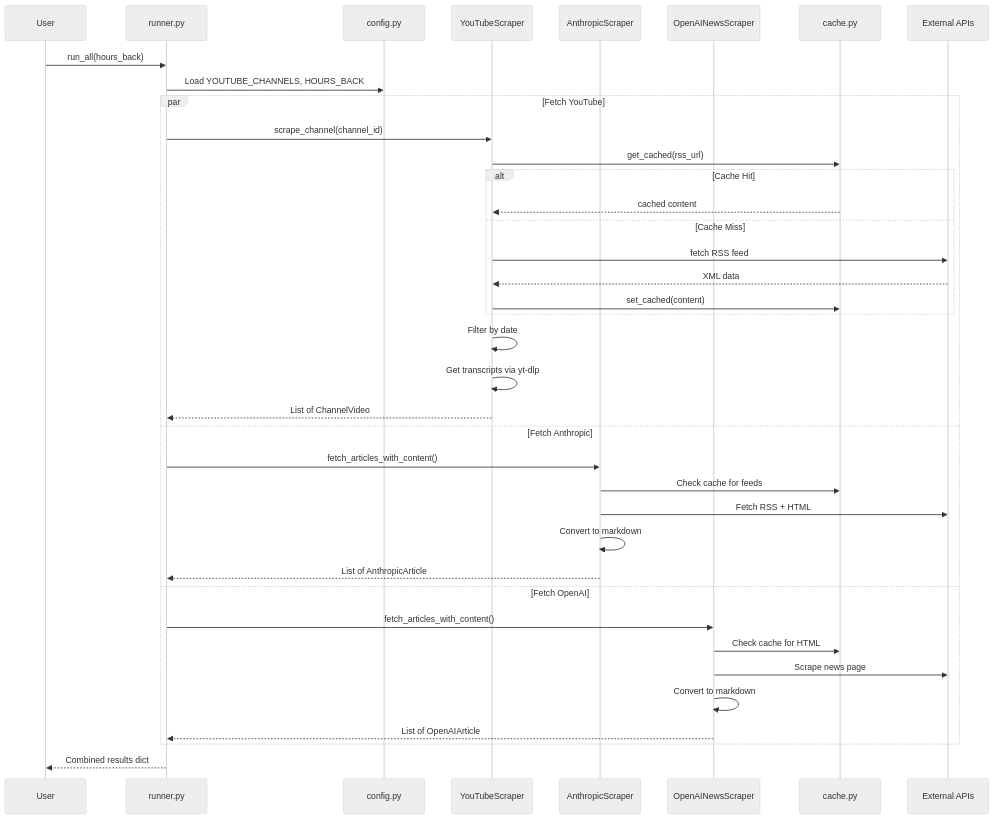
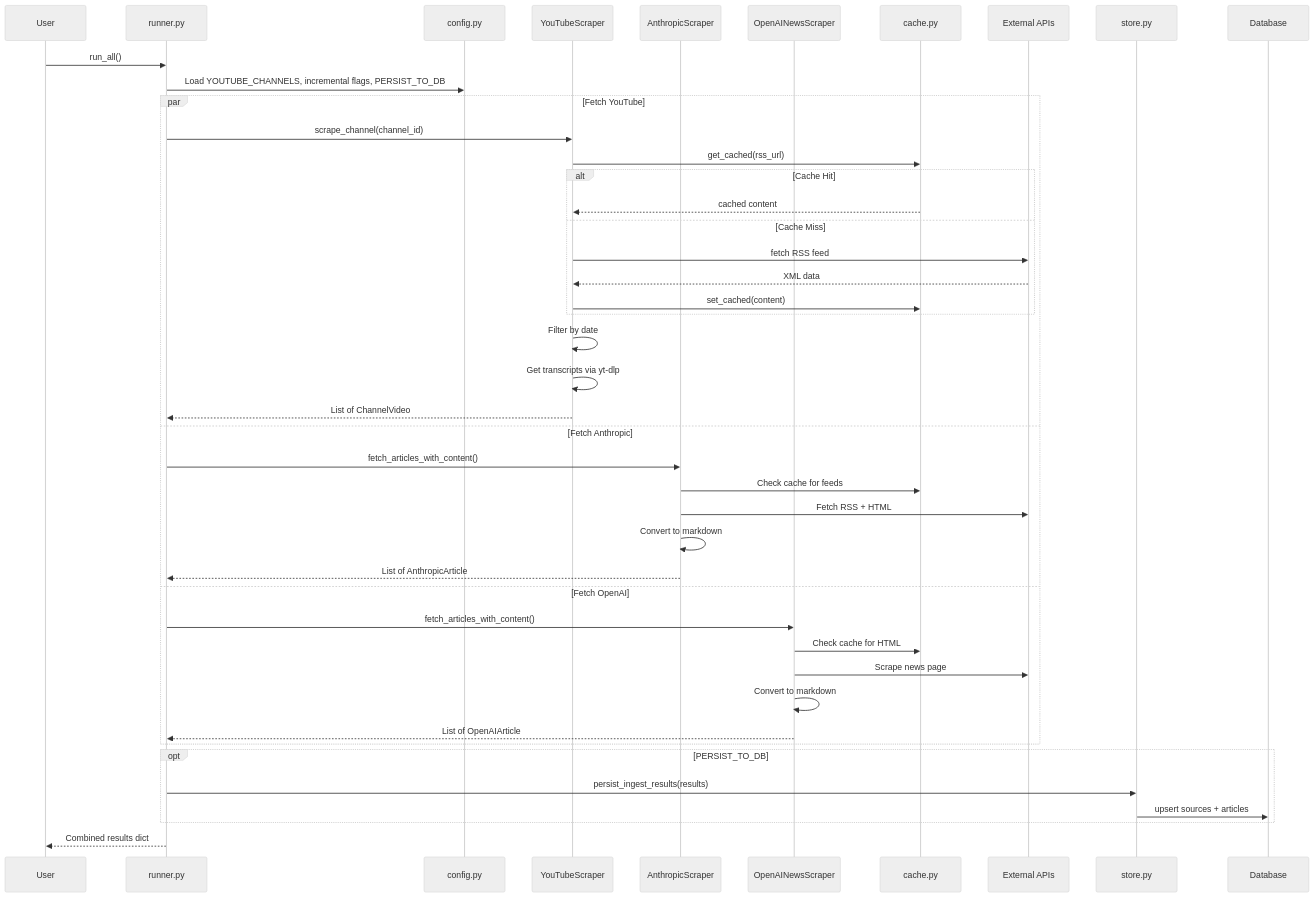
The second of 2 diagrams in PROJECT_STRUCTURE.md (ZharlieSineFine/YouTube-RSS-Feed-Aggregator), drawn with Mermaid (neutral theme) before and after one commit. The commit also changed other lines of this file and 82 other files, not shown here.

````diff
--- a/PROJECT_STRUCTURE.md
+++ b/PROJECT_STRUCTURE.md
@@ -89,43 +113,50 @@
 ```mermaid
 sequenceDiagram
     participant User
     participant Runner as runner.py
     participant Config as config.py
     participant YT as YouTubeScraper
     participant AN as AnthropicScraper
     participant OA as OpenAINewsScraper
     participant Cache as cache.py
     participant Web as External APIs
+    participant Store as store.py
+    participant DB as Database
 
-    User->>Runner: run_all(hours_back)
-    Runner->>Config: Load YOUTUBE_CHANNELS, HOURS_BACK
-    
+    User->>Runner: run_all()
+    Runner->>Config: Load YOUTUBE_CHANNELS, incremental flags, PERSIST_TO_DB
+
     par Fetch YouTube
         Runner->>YT: scrape_channel(channel_id)
         YT->>Cache: get_cached(rss_url)
         alt Cache Hit
             Cache-->>YT: cached content
         else Cache Miss
             YT->>Web: fetch RSS feed
             Web-->>YT: XML data
             YT->>Cache: set_cached(content)
         end
         YT->>YT: Filter by date
         YT->>YT: Get transcripts via yt-dlp
         YT-->>Runner: List of ChannelVideo
     and Fetch Anthropic
         Runner->>AN: fetch_articles_with_content()
         AN->>Cache: Check cache for feeds
         AN->>Web: Fetch RSS + HTML
         AN->>AN: Convert to markdown
         AN-->>Runner: List of AnthropicArticle
     and Fetch OpenAI
         Runner->>OA: fetch_articles_with_content()
         OA->>Cache: Check cache for HTML
         OA->>Web: Scrape news page
         OA->>OA: Convert to markdown
         OA-->>Runner: List of OpenAIArticle
     end
-    
+
+    opt PERSIST_TO_DB
+        Runner->>Store: persist_ingest_results(results)
+        Store->>DB: upsert sources + articles
+    end
+
     Runner-->>User: Combined results dict
 ```
````
